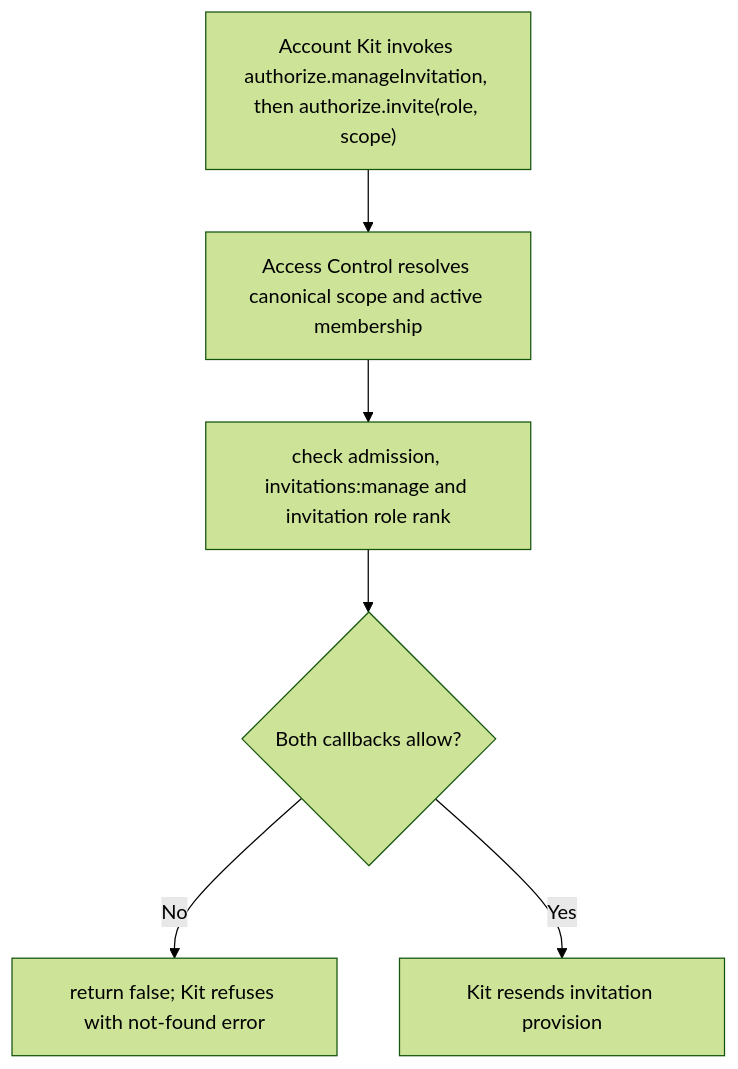
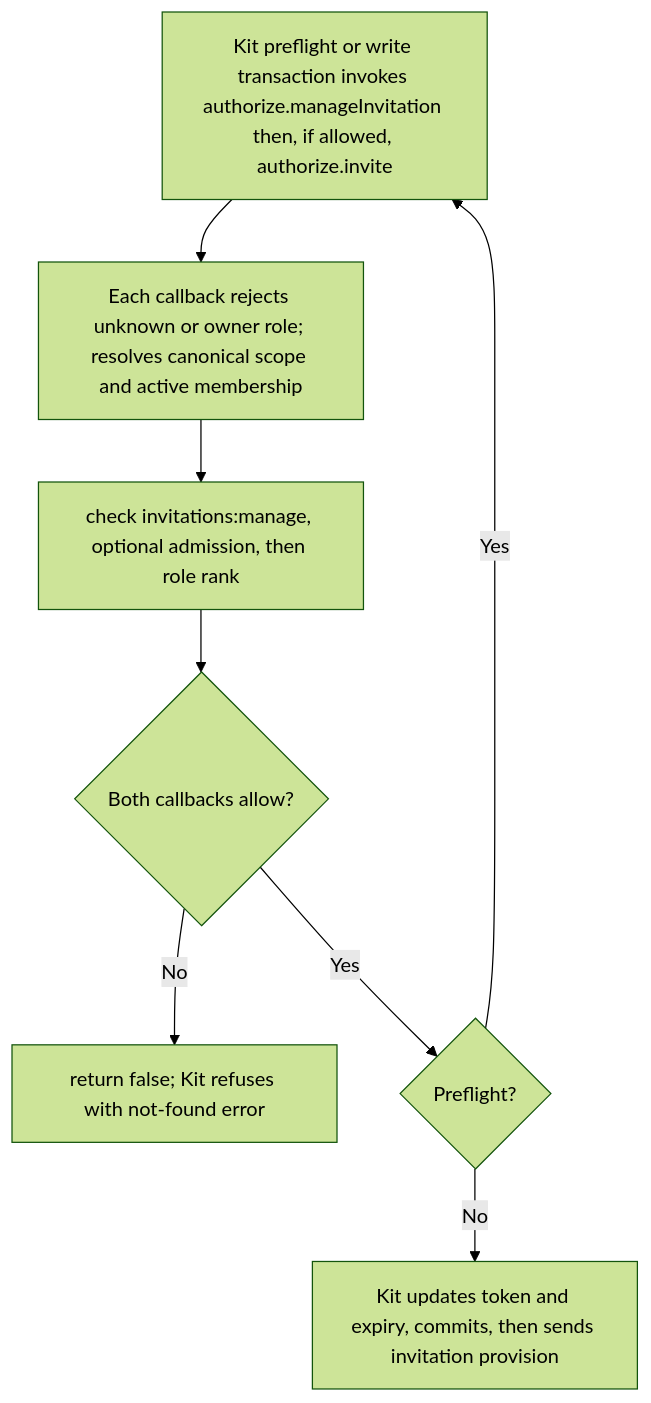
The second of 2 diagrams in user-stories/US-ACCESS-23-resend-invitation.md (Kevinjohn/oss-adonisjs-access-control), drawn with Mermaid (forest theme) before and after one commit. The commit also changed other lines of this file and 31 other files, not shown here.

````diff
--- a/user-stories/US-ACCESS-23-resend-invitation.md
+++ b/user-stories/US-ACCESS-23-resend-invitation.md
@@ -32,8 +32,10 @@
 ```mermaid
 flowchart TD
-    A["Account Kit invokes authorize.manageInvitation, then authorize.invite(role, scope)"] --> B["Access Control resolves canonical scope and active membership"]
-    B --> C["check admission, invitations:manage and invitation role rank"]
+    A["Kit preflight or write transaction invokes authorize.manageInvitation then, if allowed, authorize.invite"] --> B["Each callback rejects unknown or owner role; resolves canonical scope and active membership"]
+    B --> C["check invitations:manage, optional admission, then role rank"]
     C --> D{"Both callbacks allow?"}
     D -->|No| E["return false; Kit refuses with not-found error"]
-    D -->|Yes| F["Kit resends invitation provision"]
+    D -->|Yes| P{"Preflight?"}
+    P -->|Yes| A
+    P -->|No| F["Kit updates token and expiry, commits, then sends invitation provision"]
 ```
````
